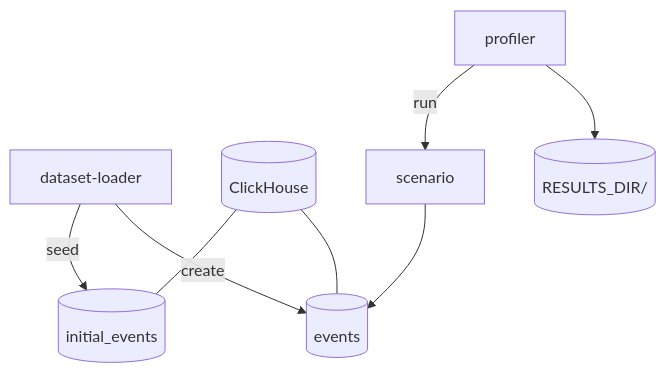
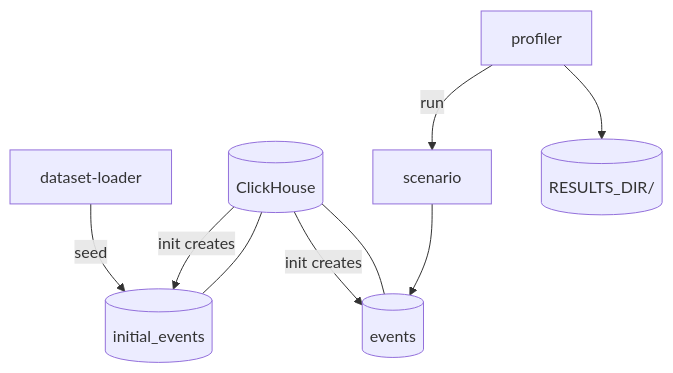
Before and after one commit to rock4ts/clickhouse_profiler: the diagram in README.md, drawn with Mermaid. The commit also changed other lines of this file and 24 other files, not shown here.

````diff
--- a/README.md
+++ b/README.md
@@ -11,20 +11,21 @@
 ```mermaid
 flowchart TB
     DatasetLoader[dataset-loader]
     ClickHouse[(ClickHouse)]
     InitialTable[(initial_events)]
     BenchmarkTable[(events)]
     Profiler[profiler]
     Scenario[scenario]
     Results[("RESULTS_DIR/")]
 
     DatasetLoader -->|seed| InitialTable
-    DatasetLoader -->|create| BenchmarkTable
+    ClickHouse -->|init creates| InitialTable
+    ClickHouse -->|init creates| BenchmarkTable
     ClickHouse --- InitialTable
     ClickHouse --- BenchmarkTable
 
     Profiler -->|run| Scenario
     Scenario --> BenchmarkTable
     Profiler --> Results
 
 ```
````
